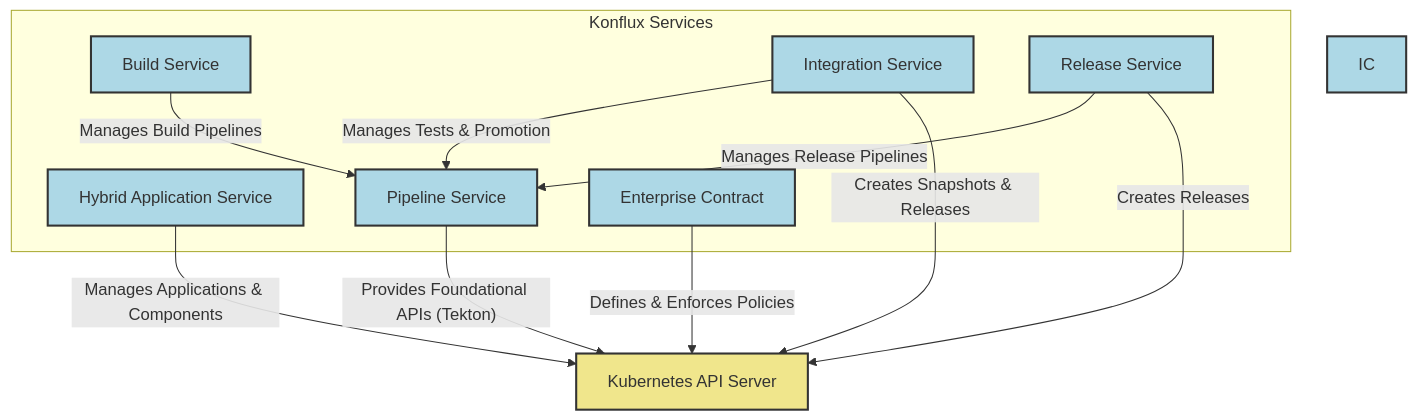
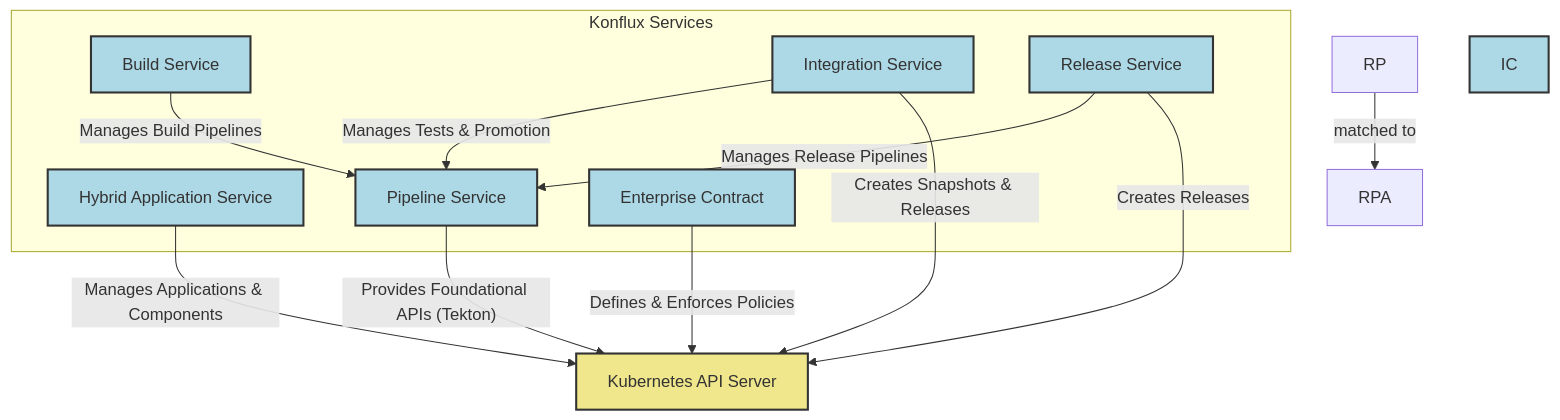
The second of 3 diagrams in architecture/index.md (konflux-ci/architecture), drawn with Mermaid before and after one commit. The commit also changed other lines of this file and 1 other file, not shown here.

Commit message:
Try reversing the RP/RPA relationship

````diff
--- a/architecture/index.md
+++ b/architecture/index.md
@@ -167,37 +168,38 @@
 ```mermaid
 graph TD
     subgraph Konflux Services
         HAS[Hybrid Application Service]
         BS[Build Service]
         IS[Integration Service]
         RS[Release Service]
         PS[Pipeline Service]
         EC[Enterprise Contract]
     end
 
     HAS -- Manages Applications & Components --> KubeAPI[Kubernetes API Server]
     BS -- Manages Build Pipelines --> PS
     IS -- Manages Tests & Promotion --> PS
     IS -- Creates Snapshots & Releases --> KubeAPI
     RS -- Manages Release Pipelines --> PS
     RS -- Creates Releases --> KubeAPI
     PS -- Provides Foundational APIs (Tekton) --> KubeAPI
     EC -- Defines & Enforces Policies --> KubeAPI
+    RP -- matched to --> RPA
 
     style HAS fill:#add8e6,stroke:#333,stroke-width:2px;
     style BS fill:#add8e6,stroke:#333,stroke-width:2px;
     style IC fill:#add8e6,stroke:#333,stroke-width:2px;
     style IS fill:#add8e6,stroke:#333,stroke-width:2px;
     style RS fill:#add8e6,stroke:#333,stroke-width:2px;
     style PS fill:#add8e6,stroke:#333,stroke-width:2px;
     style EC fill:#add8e6,stroke:#333,stroke-width:2px;
     style KubeAPI fill:#f0e68c,stroke:#333,stroke-width:2px;
 
     click HAS href "https://github.com/redhat-appstudio/application-service" "Hybrid Application Service"
     click BS href "https://github.com/redhat-appstudio/core/build-service.md" "Build Service"
     click IS href "https://github.com/redhat-appstudio/core/integration-service.md" "Integration Service"
     click RS href "https://github.com/redhat-appstudio/core/release-service.md" "Release Service"
     click PS href "https://github.com/redhat-appstudio/core/pipeline-service.md" "Pipeline Service"
     click EC href "https://github.com/redhat-appstudio/core/enterprise-contract.md" "Enterprise Contract"
     click KubeAPI href "https://kubernetes.io/docs/concepts/architecture/controller/" "Kubernetes API Server (Controllers)"
 ```
````
